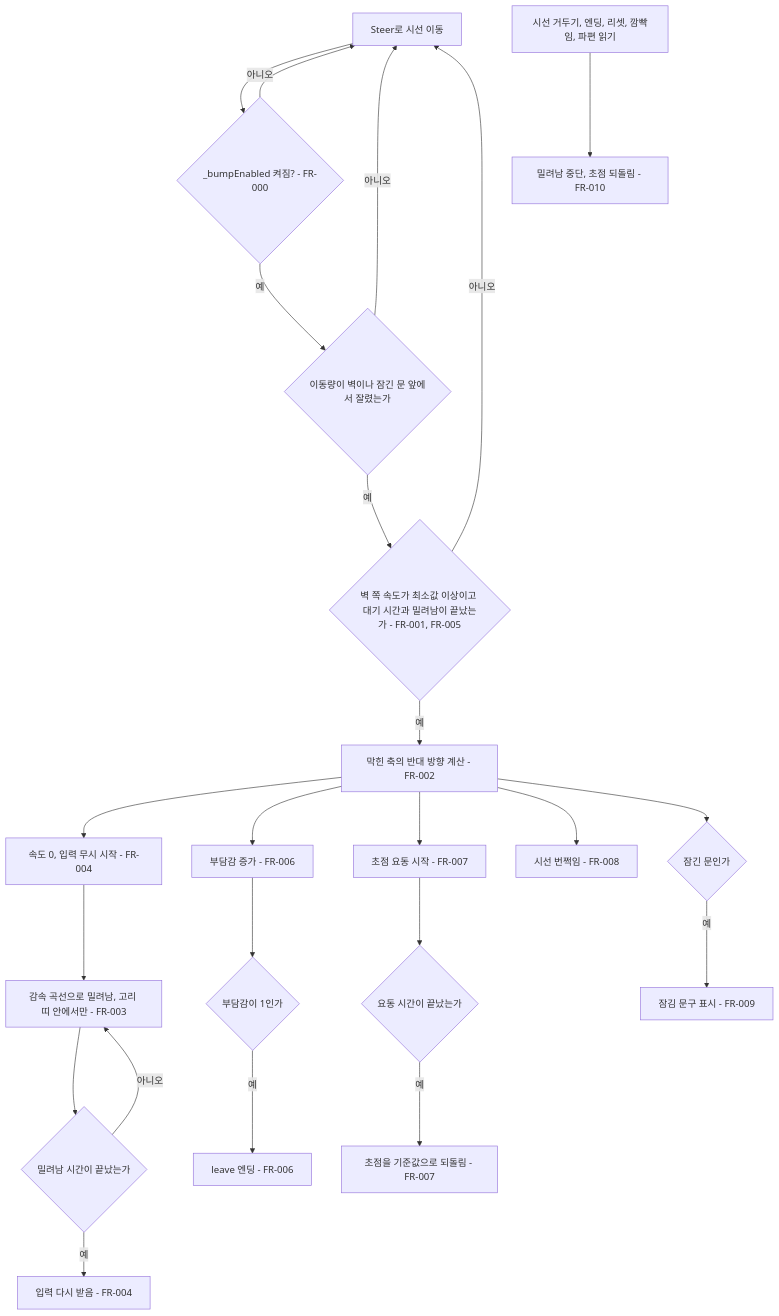
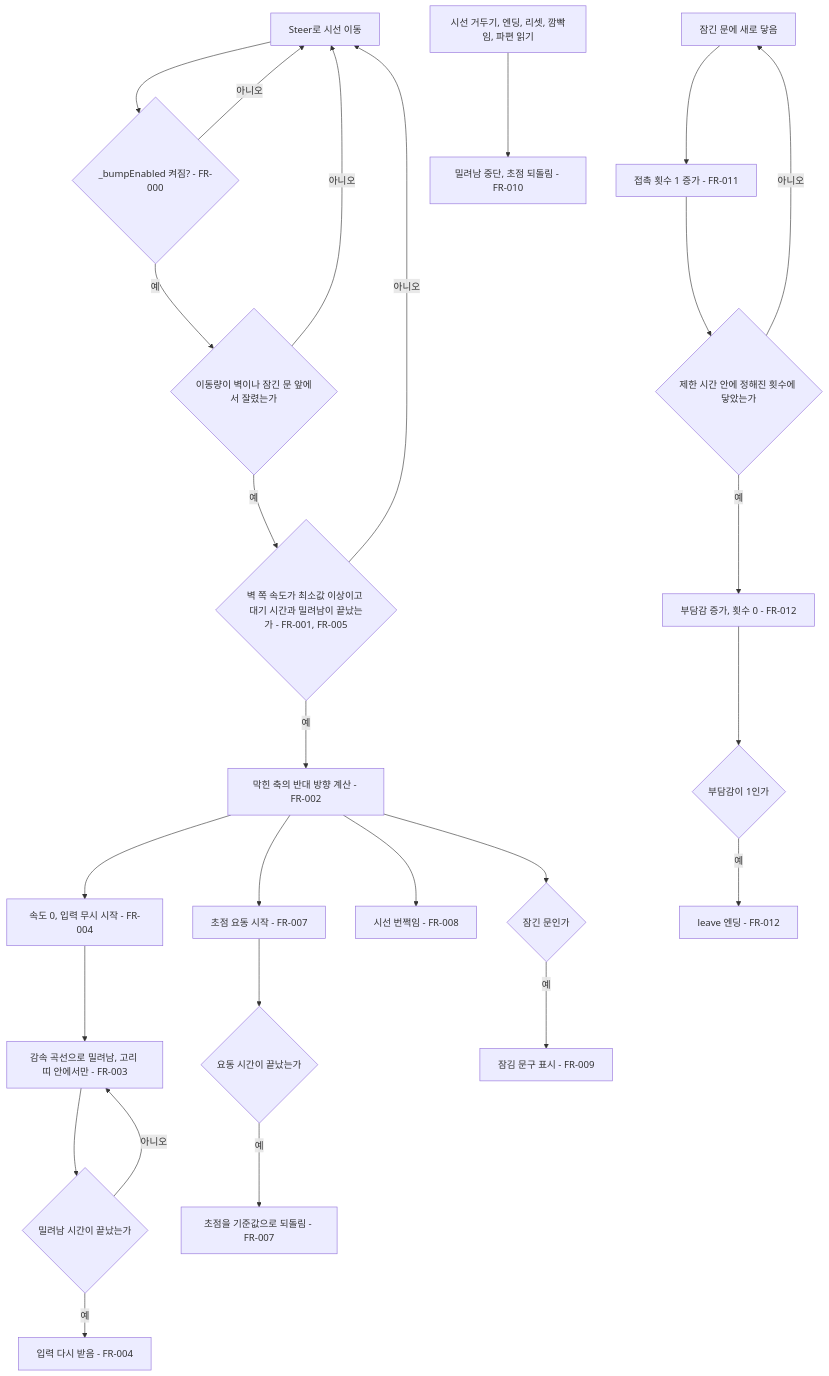
The diagram in docs/specs/007-wall-knockback.md (xpaklove12-lang/Corner1), drawn with Mermaid before and after one commit. The commit also changed other lines of this file and 11 other files, not shown here.

````diff
--- a/docs/specs/007-wall-knockback.md
+++ b/docs/specs/007-wall-knockback.md
@@ -58,25 +58,28 @@
 ```mermaid
 flowchart TD
     A[Steer로 시선 이동] --> Z{_bumpEnabled 켜짐? - FR-000}
     Z -- 아니오 --> A
     Z -- 예 --> B{이동량이 벽이나 잠긴 문 앞에서 잘렸는가}
     B -- 아니오 --> A
     B -- 예 --> C{벽 쪽 속도가 최소값 이상이고 대기 시간과 밀려남이 끝났는가 - FR-001, FR-005}
     C -- 아니오 --> A
     C -- 예 --> D[막힌 축의 반대 방향 계산 - FR-002]
     D --> E[속도 0, 입력 무시 시작 - FR-004]
-    D --> F[부담감 증가 - FR-006]
     D --> G[초점 요동 시작 - FR-007]
     D --> H[시선 번쩍임 - FR-008]
     D --> I{잠긴 문인가}
     I -- 예 --> J[잠김 문구 표시 - FR-009]
     E --> K[감속 곡선으로 밀려남, 고리 띠 안에서만 - FR-003]
     K --> L{밀려남 시간이 끝났는가}
     L -- 아니오 --> K
     L -- 예 --> M[입력 다시 받음 - FR-004]
+    T[잠긴 문에 새로 닿음] --> U[접촉 횟수 1 증가 - FR-011]
+    U --> V{제한 시간 안에 정해진 횟수에 닿았는가}
+    V -- 아니오 --> T
+    V -- 예 --> F[부담감 증가, 횟수 0 - FR-012]
     F --> N{부담감이 1인가}
-    N -- 예 --> O[leave 엔딩 - FR-006]
+    N -- 예 --> O[leave 엔딩 - FR-012]
     G --> P{요동 시간이 끝났는가}
     P -- 예 --> Q[초점을 기준값으로 되돌림 - FR-007]
     R[시선 거두기, 엔딩, 리셋, 깜빡임, 파편 읽기] --> S[밀려남 중단, 초점 되돌림 - FR-010]
 ```
````
